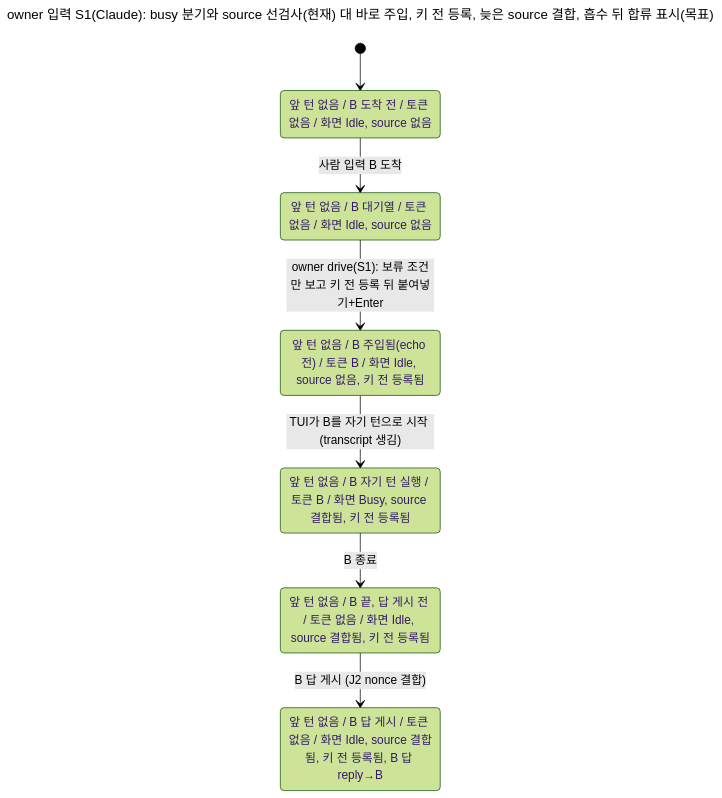
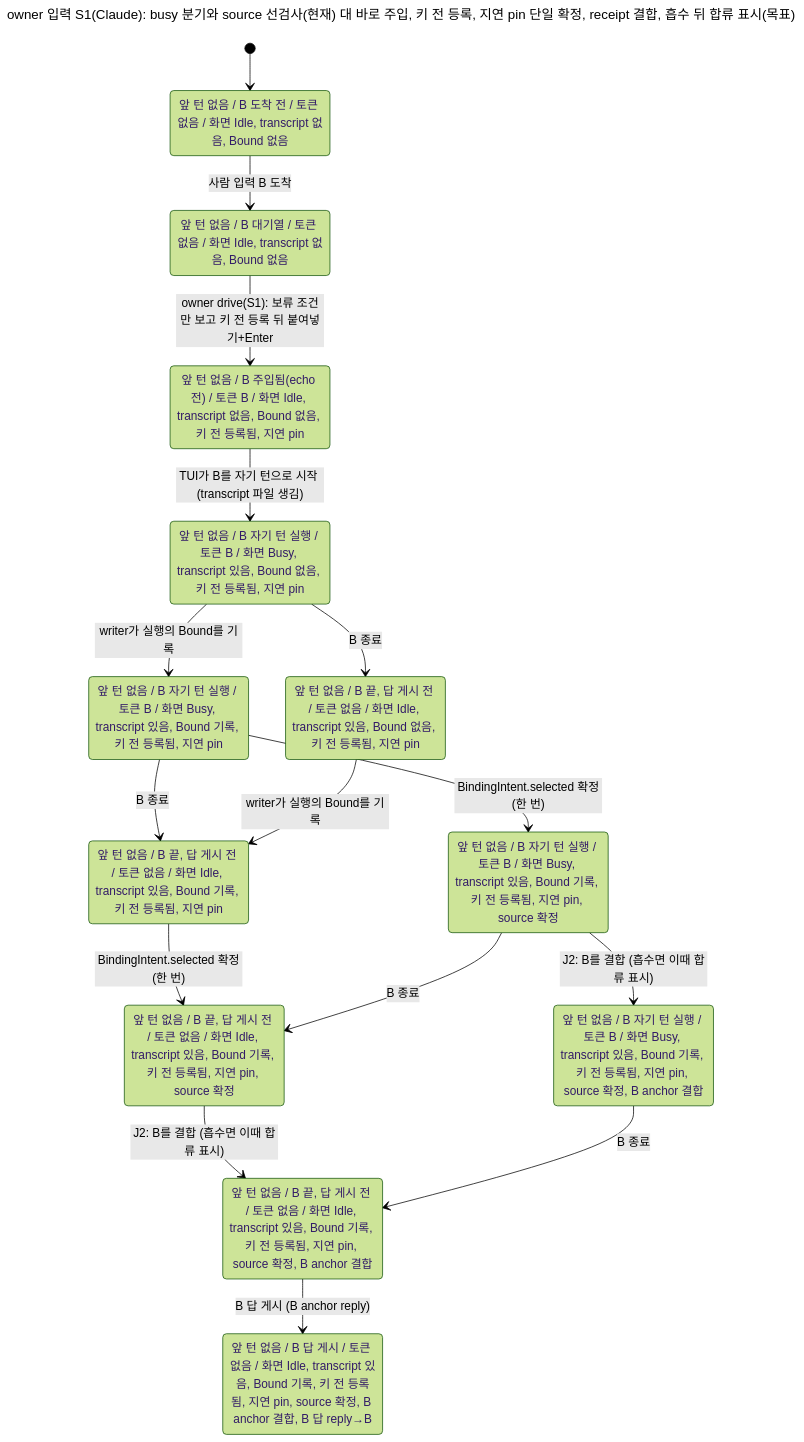
Before and after one commit to itismyfield/AgentDesk: the diagram in docs/statecharts/input-single-path/owner-input-busy-s1.target-fresh.chart.mmd, drawn with Mermaid (forest theme). The commit also changed 17 other files, not shown here.

First line of the commit message:
docs(design): #8328 1단계 설계 w5 — S1 P1 3건: receipt 결합·source 관문 전수·지연 pin 단일 확정점

```diff
--- a/docs/statecharts/input-single-path/owner-input-busy-s1.target-fresh.chart.mmd
+++ b/docs/statecharts/input-single-path/owner-input-busy-s1.target-fresh.chart.mmd
@@ -1,16 +1,31 @@
 ---
-title: "owner 입력 S1(Claude): busy 분기와 source 선검사(현재) 대 바로 주입, 키 전 등록, 늦은 source 결합, 흡수 뒤 합류 표시(목표)"
+title: "owner 입력 S1(Claude): busy 분기와 source 선검사(현재) 대 바로 주입, 키 전 등록, 지연 pin 단일 확정, receipt 결합, 흡수 뒤 합류 표시(목표)"
 ---
 stateDiagram-v2
-  s0: 앞 턴 없음 / B 도착 전 / 토큰 없음 / 화면 Idle, source 없음
-  s1: 앞 턴 없음 / B 대기열 / 토큰 없음 / 화면 Idle, source 없음
-  s2: 앞 턴 없음 / B 주입됨(echo 전) / 토큰 B / 화면 Idle, source 없음, 키 전 등록됨
-  s3: 앞 턴 없음 / B 자기 턴 실행 / 토큰 B / 화면 Busy, source 결합됨, 키 전 등록됨
-  s4: 앞 턴 없음 / B 끝, 답 게시 전 / 토큰 없음 / 화면 Idle, source 결합됨, 키 전 등록됨
-  s5: 앞 턴 없음 / B 답 게시 / 토큰 없음 / 화면 Idle, source 결합됨, 키 전 등록됨, B 답 reply#8594;B
+  s0: 앞 턴 없음 / B 도착 전 / 토큰 없음 / 화면 Idle, transcript 없음, Bound 없음
+  s1: 앞 턴 없음 / B 대기열 / 토큰 없음 / 화면 Idle, transcript 없음, Bound 없음
+  s2: 앞 턴 없음 / B 주입됨(echo 전) / 토큰 B / 화면 Idle, transcript 없음, Bound 없음, 키 전 등록됨, 지연 pin
+  s3: 앞 턴 없음 / B 자기 턴 실행 / 토큰 B / 화면 Busy, transcript 있음, Bound 없음, 키 전 등록됨, 지연 pin
+  s4: 앞 턴 없음 / B 자기 턴 실행 / 토큰 B / 화면 Busy, transcript 있음, Bound 기록, 키 전 등록됨, 지연 pin
+  s5: 앞 턴 없음 / B 끝, 답 게시 전 / 토큰 없음 / 화면 Idle, transcript 있음, Bound 없음, 키 전 등록됨, 지연 pin
+  s6: 앞 턴 없음 / B 끝, 답 게시 전 / 토큰 없음 / 화면 Idle, transcript 있음, Bound 기록, 키 전 등록됨, 지연 pin
+  s7: 앞 턴 없음 / B 자기 턴 실행 / 토큰 B / 화면 Busy, transcript 있음, Bound 기록, 키 전 등록됨, 지연 pin, source 확정
+  s8: 앞 턴 없음 / B 끝, 답 게시 전 / 토큰 없음 / 화면 Idle, transcript 있음, Bound 기록, 키 전 등록됨, 지연 pin, source 확정
+  s9: 앞 턴 없음 / B 자기 턴 실행 / 토큰 B / 화면 Busy, transcript 있음, Bound 기록, 키 전 등록됨, 지연 pin, source 확정, B anchor 결합
+  s10: 앞 턴 없음 / B 끝, 답 게시 전 / 토큰 없음 / 화면 Idle, transcript 있음, Bound 기록, 키 전 등록됨, 지연 pin, source 확정, B anchor 결합
+  s11: 앞 턴 없음 / B 답 게시 / 토큰 없음 / 화면 Idle, transcript 있음, Bound 기록, 키 전 등록됨, 지연 pin, source 확정, B anchor 결합, B 답 reply#8594;B
   [*] --> s0
   s0 --> s1: 사람 입력 B 도착
   s1 --> s2: owner drive(S1): 보류 조건만 보고 키 전 등록 뒤 붙여넣기+Enter
-  s2 --> s3: TUI가 B를 자기 턴으로 시작 (transcript 생김)
-  s3 --> s4: B 종료
-  s4 --> s5: B 답 게시 (J2 nonce 결합)
+  s2 --> s3: TUI가 B를 자기 턴으로 시작 (transcript 파일 생김)
+  s3 --> s4: writer가 실행의 Bound를 기록
+  s3 --> s5: B 종료
+  s4 --> s6: B 종료
+  s4 --> s7: BindingIntent.selected 확정(한 번)
+  s5 --> s6: writer가 실행의 Bound를 기록
+  s6 --> s8: BindingIntent.selected 확정(한 번)
+  s7 --> s8: B 종료
+  s7 --> s9: J2: B를 결합 (흡수면 이때 합류 표시)
+  s8 --> s10: J2: B를 결합 (흡수면 이때 합류 표시)
+  s9 --> s10: B 종료
+  s10 --> s11: B 답 게시 (B anchor reply)
```
